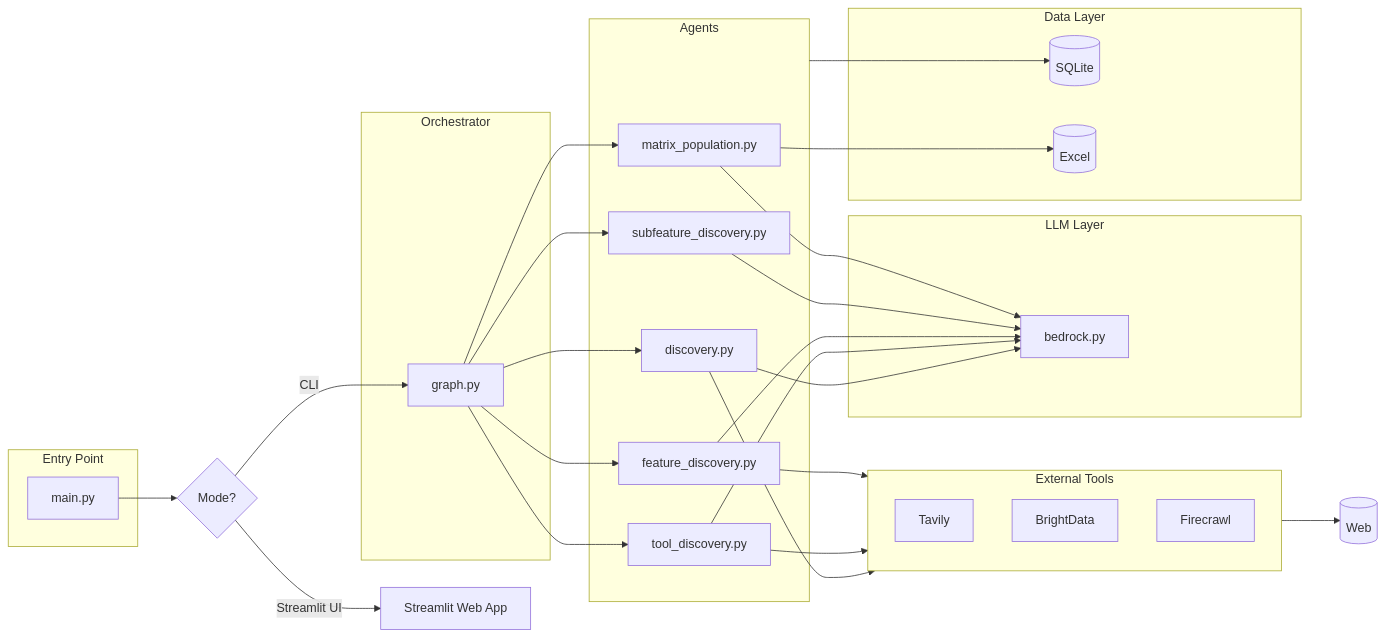
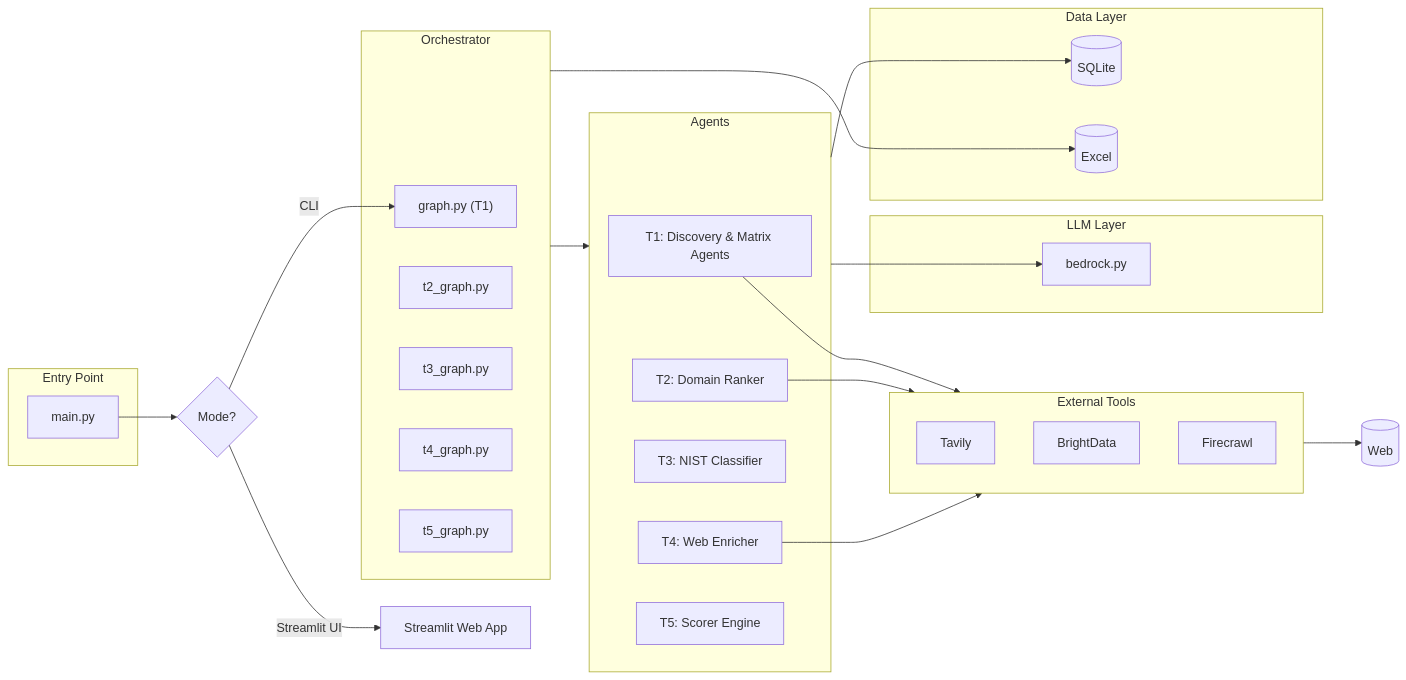
The fifth of 5 diagrams in README.md (thearpankumar/S.T.O.R.M), drawn with Mermaid before and after one commit. The commit also changed other lines of this file and 15 other files, not shown here.

````diff
--- a/README.md
+++ b/README.md
@@ -116,44 +184,48 @@
 ```mermaid
 flowchart LR
     subgraph CLI["Entry Point"]
         MAIN["main.py"]
     end
 
     subgraph ORCH["Orchestrator"]
-        GRAPH["graph.py"]
+        GRAPH["graph.py (T1)"]
+        T2G["t2_graph.py"]
+        T3G["t3_graph.py"]
+        T4G["t4_graph.py"]
+        T5G["t5_graph.py"]
     end
 
     subgraph AGENTS["Agents"]
-        A1["discovery.py"]
-        A2["tool_discovery.py"]
-        A3["feature_discovery.py"]
-        A4["subfeature_discovery.py"]
-        A5["matrix_population.py"]
+        T1["T1: Discovery & Matrix Agents"]
+        T2["T2: Domain Ranker"]
+        T3["T3: NIST Classifier"]
+        T4["T4: Web Enricher"]
+        T5["T5: Scorer Engine"]
     end
 
     subgraph LLM["LLM Layer"]
         BEDROCK["bedrock.py"]
     end
 
     subgraph TOOLS["External Tools"]
         TAVILY["Tavily"]
         BRIGHT["BrightData"]
         FIRE["Firecrawl"]
     end
 
     subgraph DATA["Data Layer"]
         DB[("SQLite")]
         EXCEL[("Excel")]
     end
 
     MAIN --> CLI_MODE{"Mode?"}
     CLI_MODE -->|"Streamlit UI"| TUI["Streamlit Web App"]
     CLI_MODE -->|"CLI"| GRAPH
 
-    GRAPH --> A1 & A2 & A3 & A4 & A5
-    A1 & A2 & A3 & A4 & A5 --> BEDROCK
-    A1 & A2 & A3 --> TOOLS
+    ORCH --> AGENTS
+    AGENTS --> BEDROCK
+    T1 & T2 & T4 --> TOOLS
     TOOLS --> WEB[("Web")]
-    A5 --> EXCEL
+    ORCH --> EXCEL
     AGENTS --> DB
 ```
````
